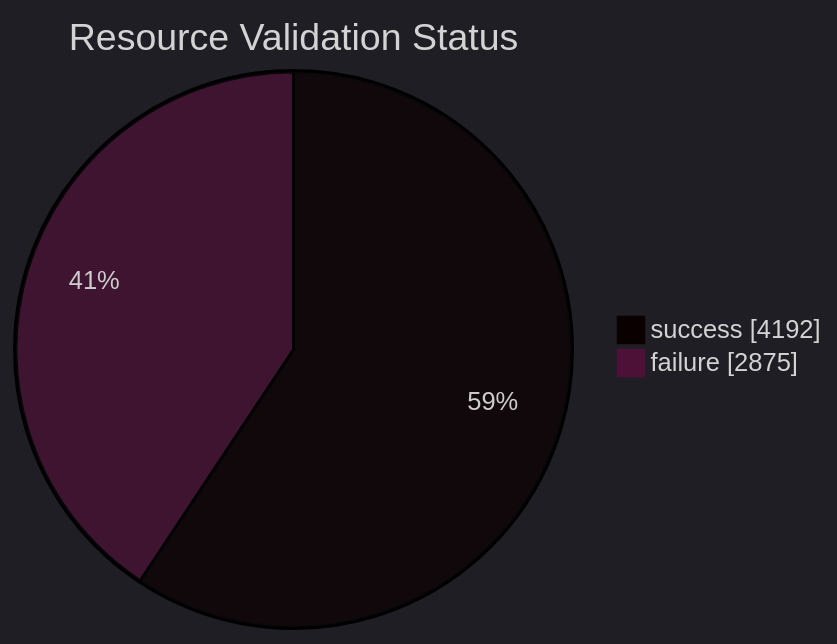
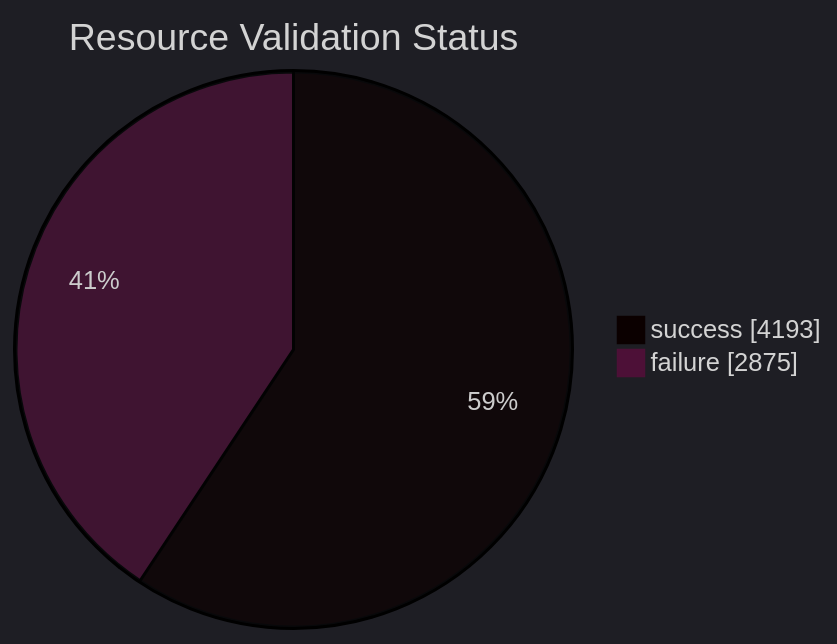
The diagram in datastore_tracker/resource_validation_status_pie_chart.md (open-data/analytics-corporate-reporting), drawn with Mermaid before and after one commit. The commit also changed 11 other files, not shown here.

````diff
--- a/datastore_tracker/resource_validation_status_pie_chart.md
+++ b/datastore_tracker/resource_validation_status_pie_chart.md
@@ -2,9 +2,9 @@
 ```mermaid
 ---
 config:
   theme: dark
 ---
 pie showData title Resource Validation Status
-    "success": 4192
+    "success": 4193
     "failure": 2875
 ```
````
